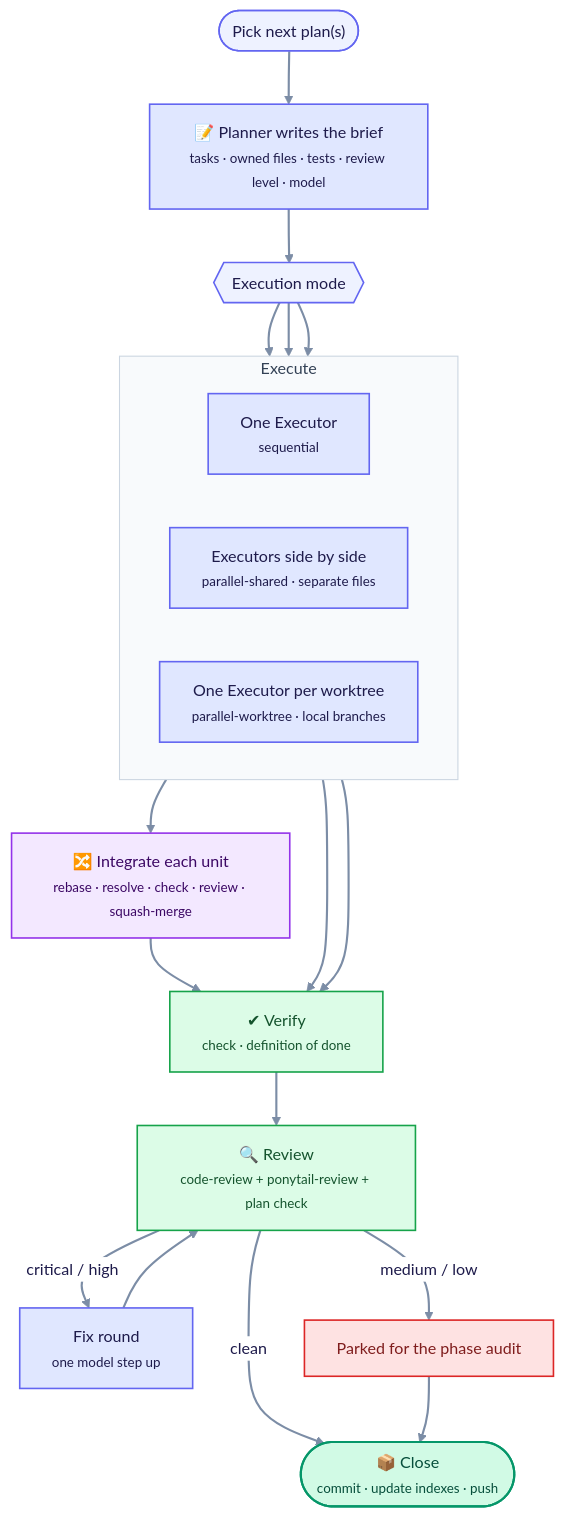
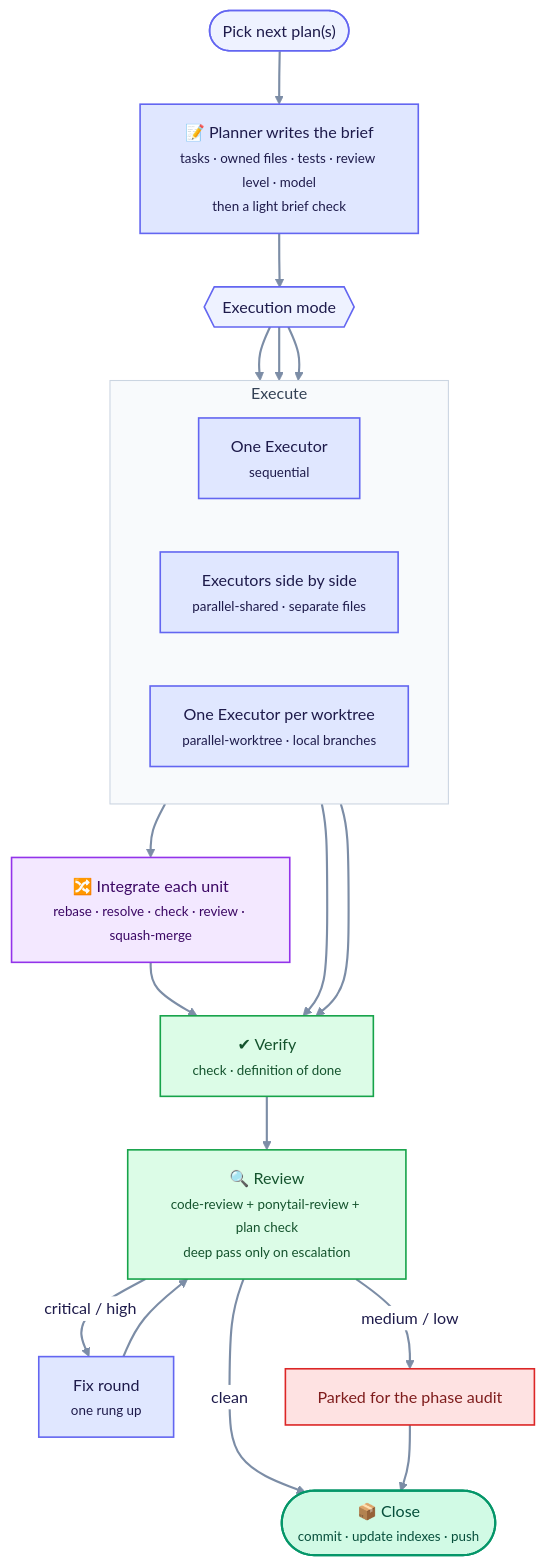
Before and after one commit to llunde/lelstack: the third of 6 diagrams in autonomous-build-workflow/README.md, drawn with Mermaid. The commit also changed other lines of this file and 9 other files, not shown here.

````diff
--- a/autonomous-build-workflow/README.md
+++ b/autonomous-build-workflow/README.md
@@ -174,38 +174,38 @@
 ```mermaid
 %%{init: {"theme": "base", "themeVariables": {"fontFamily": "-apple-system, Segoe UI, Helvetica, Arial, sans-serif", "fontSize": "15px", "primaryColor": "#EEF2FF", "primaryBorderColor": "#6366F1", "primaryTextColor": "#1E1B4B", "lineColor": "#7C8DA6", "clusterBkg": "#F8FAFC", "clusterBorder": "#CBD5E1", "edgeLabelBackground": "#FFFFFF", "tertiaryColor": "#F8FAFC"}}}%%
 flowchart TD
-    P(["Pick next plan(s)"]) --> PL["📝 Planner writes the brief<br/><small>tasks · owned files · tests · review level · model</small>"]
+    P(["Pick next plan(s)"]) --> PL["📝 Planner writes the brief<br/><small>tasks · owned files · tests · review level · model<br/>then a light brief check</small>"]
     PL --> X{{"Execution mode"}}
     subgraph EXEC["Execute"]
         direction LR
         S["One Executor<br/><small>sequential</small>"]
         PS["Executors side by side<br/><small>parallel-shared · separate files</small>"]
         PW["One Executor per worktree<br/><small>parallel-worktree · local branches</small>"]
     end
     X --> S & PS & PW
     PW --> INT["🔀 Integrate each unit<br/><small>rebase · resolve · check · review · squash-merge</small>"]
     S & PS --> V
     INT --> V["✔ Verify<br/><small>check · definition of done</small>"]
-    V --> R["🔍 Review<br/><small>code-review + ponytail-review + plan check</small>"]
-    R -->|critical / high| FX["Fix round<br/><small>one model step up</small>"]
+    V --> R["🔍 Review<br/><small>code-review + ponytail-review + plan check<br/>deep pass only on escalation</small>"]
+    R -->|critical / high| FX["Fix round<br/><small>one rung up</small>"]
     FX --> R
     R -->|medium / low| PA["Parked for the phase audit"]
     R -->|clean| CL(["📦 Close<br/><small>commit · update indexes · push</small>"])
     PA --> CL
 
     classDef default fill:#EEF2FF,stroke:#6366F1,stroke-width:1.5px,color:#1E1B4B
     classDef human fill:#FEF3C7,stroke:#D97706,stroke-width:2px,color:#78350F
     classDef agent fill:#E0E7FF,stroke:#6366F1,stroke-width:1.5px,color:#1E1B4B
     classDef check fill:#DCFCE7,stroke:#16A34A,stroke-width:1.5px,color:#14532D
     classDef git fill:#F3E8FF,stroke:#9333EA,stroke-width:1.5px,color:#3B0764
     classDef stop fill:#FEE2E2,stroke:#DC2626,stroke-width:1.5px,color:#7F1D1D
     classDef done fill:#D1FAE5,stroke:#059669,stroke-width:2px,color:#064E3B
     classDef lead fill:#4F46E5,stroke:#312E81,stroke-width:2px,color:#FFFFFF
     linkStyle default stroke-width:2px
     class PL,S,PS,PW,FX agent
     class INT git
     class V,R check
     class PA stop
     class CL done
     style EXEC fill:#F8FAFC,stroke:#CBD5E1,color:#334155
 ```
````
